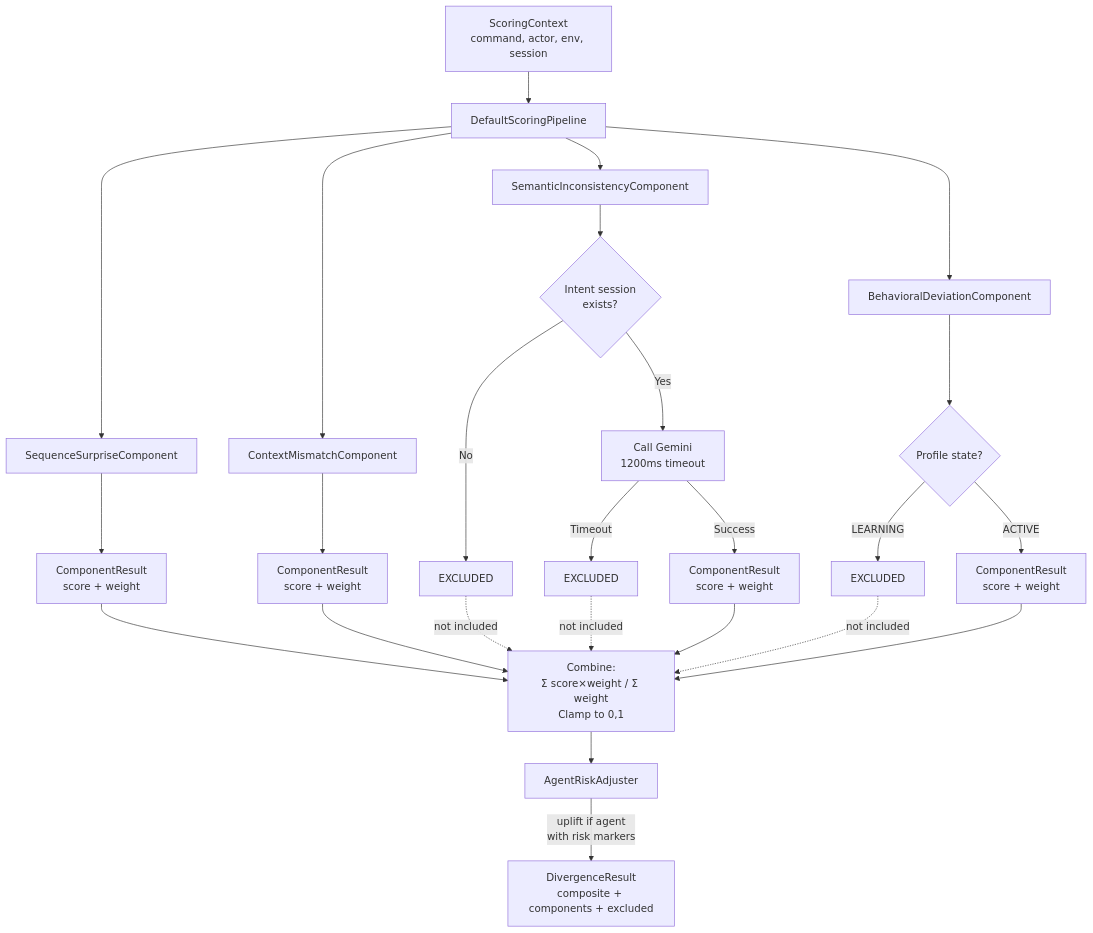
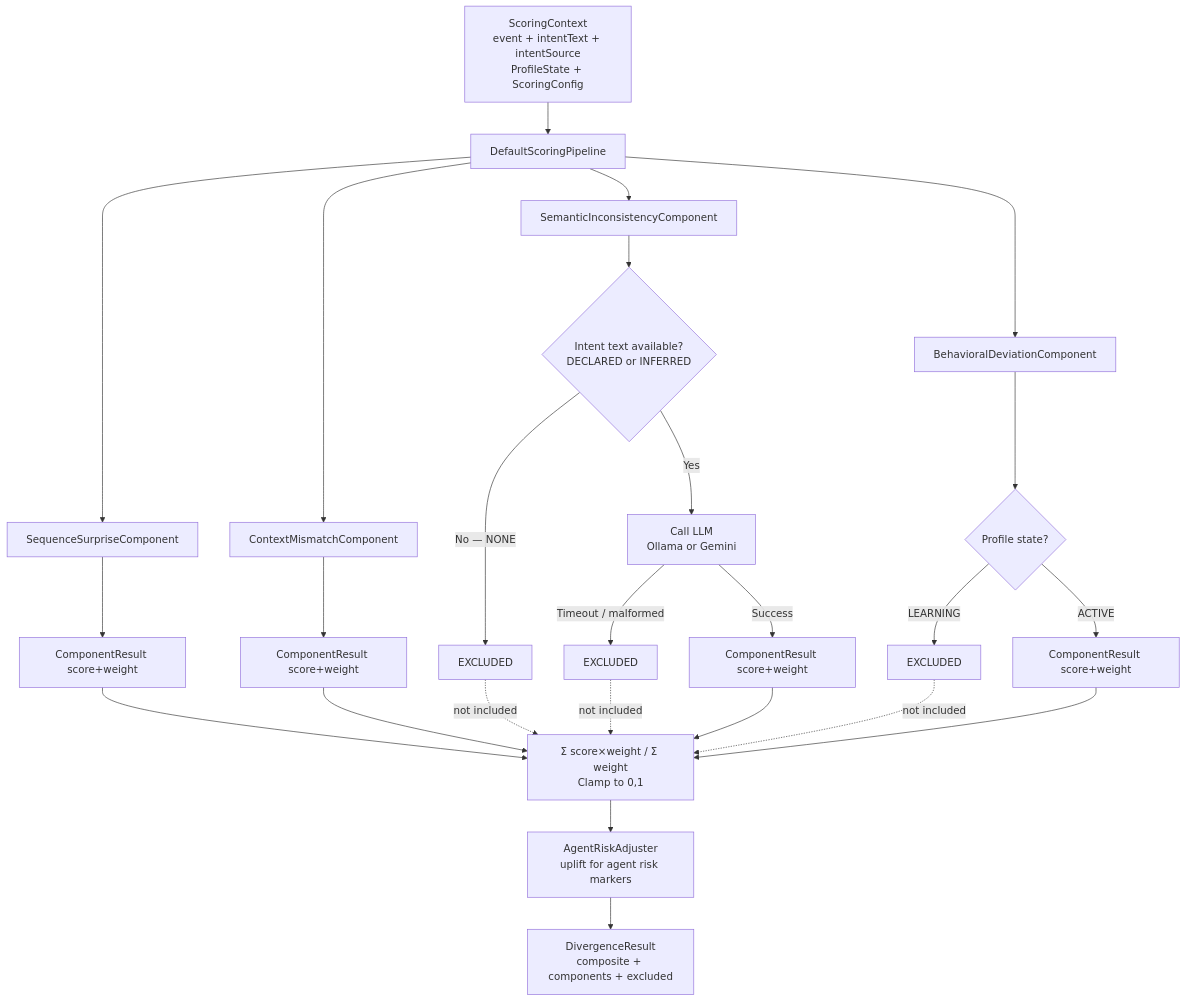
The fifth of 26 diagrams in docs/product-design-and-execution-flow.md (rachitGupta-ai/IntentGuard), drawn with Mermaid before and after one commit. The commit also changed other lines of this file and 29 other files, not shown here.

First line of the commit message:
Add Ollama LLM/translation provider, insight & bootstrap APIs, demo assets

````diff
--- a/docs/product-design-and-execution-flow.md
+++ b/docs/product-design-and-execution-flow.md
@@ -185,28 +219,28 @@
 ```mermaid
 flowchart TD
-    CTX[ScoringContext<br/>command, actor, env, session] --> P[DefaultScoringPipeline]
+    CTX[ScoringContext<br/>event + intentText + intentSource<br/>ProfileState + ScoringConfig] --> P[DefaultScoringPipeline]
 
     P --> SS[SequenceSurpriseComponent]
     P --> CM[ContextMismatchComponent]
     P --> SI[SemanticInconsistencyComponent]
     P --> BD[BehavioralDeviationComponent]
 
-    SS --> R1[ComponentResult<br/>score + weight]
-    CM --> R2[ComponentResult<br/>score + weight]
+    SS --> R1[ComponentResult score+weight]
+    CM --> R2[ComponentResult score+weight]
 
-    SI --> CHK1{Intent session<br/>exists?}
-    CHK1 -->|No| EX1[EXCLUDED]
-    CHK1 -->|Yes| GEM[Call Gemini<br/>1200ms timeout]
-    GEM -->|Timeout| EX2[EXCLUDED]
-    GEM -->|Success| R3[ComponentResult<br/>score + weight]
+    SI --> CHK1{Intent text available?<br/>DECLARED or INFERRED}
+    CHK1 -->|No — NONE| EX1[EXCLUDED]
+    CHK1 -->|Yes| LLM[Call LLM<br/>Ollama or Gemini]
+    LLM -->|Timeout / malformed| EX2[EXCLUDED]
+    LLM -->|Success| R3[ComponentResult score+weight]
 
     BD --> CHK2{Profile state?}
     CHK2 -->|LEARNING| EX3[EXCLUDED]
-    CHK2 -->|ACTIVE| R4[ComponentResult<br/>score + weight]
+    CHK2 -->|ACTIVE| R4[ComponentResult score+weight]
 
-    R1 & R2 & R3 & R4 --> COMBINE[Combine:<br/>Σ score×weight / Σ weight<br/>Clamp to 0,1]
+    R1 & R2 & R3 & R4 --> COMBINE[Σ score×weight / Σ weight<br/>Clamp to 0,1]
     EX1 & EX2 & EX3 -.->|not included| COMBINE
 
-    COMBINE --> ADJ[AgentRiskAdjuster]
-    ADJ -->|uplift if agent<br/>with risk markers| RESULT[DivergenceResult<br/>composite + components + excluded]
+    COMBINE --> ADJ[AgentRiskAdjuster<br/>uplift for agent risk markers]
+    ADJ --> RESULT[DivergenceResult<br/>composite + components + excluded]
 ```
````
